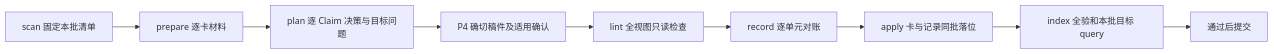
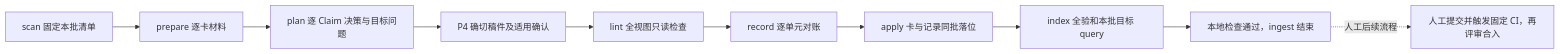
Before and after one commit to Robin-hhc/FactumCore: the first of 2 diagrams in aiotbot-knowledge-wifi-mp/docs-llm-wiki/使用说明.md, drawn with Mermaid. The commit also changed other lines of this file and 95 other files, not shown here.

````diff
--- a/aiotbot-knowledge-wifi-mp/docs-llm-wiki/使用说明.md
+++ b/aiotbot-knowledge-wifi-mp/docs-llm-wiki/使用说明.md
@@ -39,11 +39,12 @@
 ```mermaid
 flowchart LR
     S[scan 固定本批清单] --> M[prepare 逐卡材料]
     M --> P[plan 逐 Claim 决策与目标问题]
     P --> V[P4 确切稿件及适用确认]
     V --> L[lint 全视图只读检查]
     L --> R[record 逐单元对账]
     R --> A[apply 卡与记录同批落位]
     A --> Q[index 全验和本批目标 query]
-    Q --> C[通过后提交]
+    Q --> DONE[本地检查通过，ingest 结束]
+    DONE -. 人工后续流程 .-> C[人工提交并触发固定 CI，再评审合入]
 ```
````
